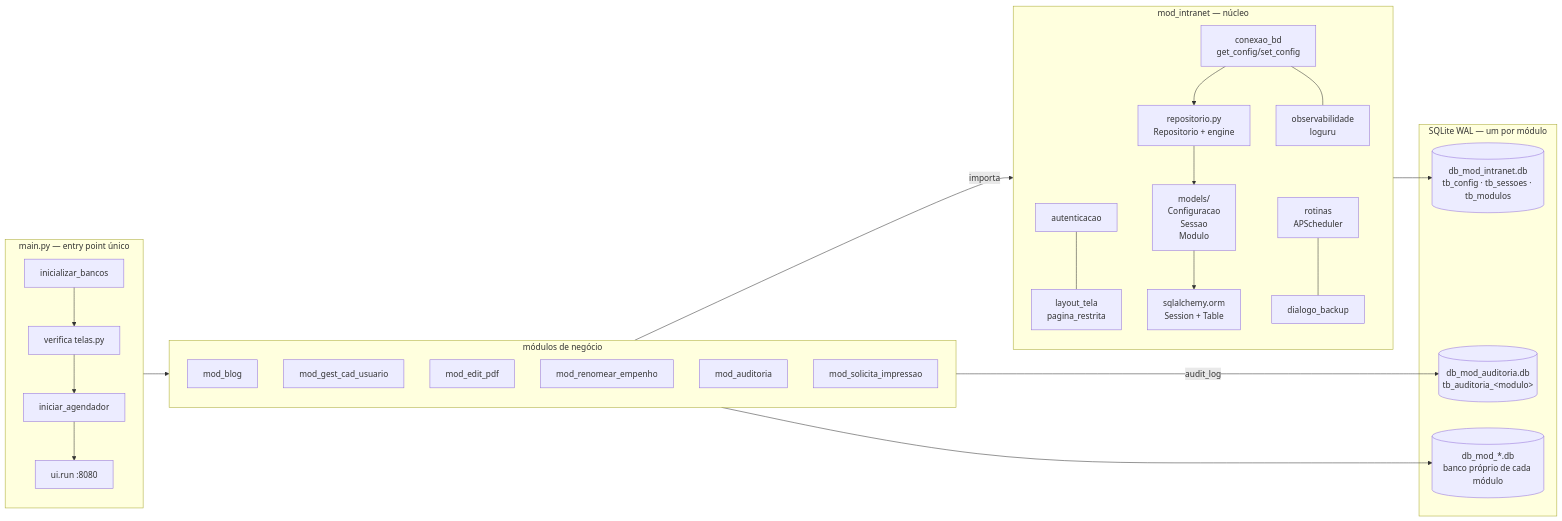
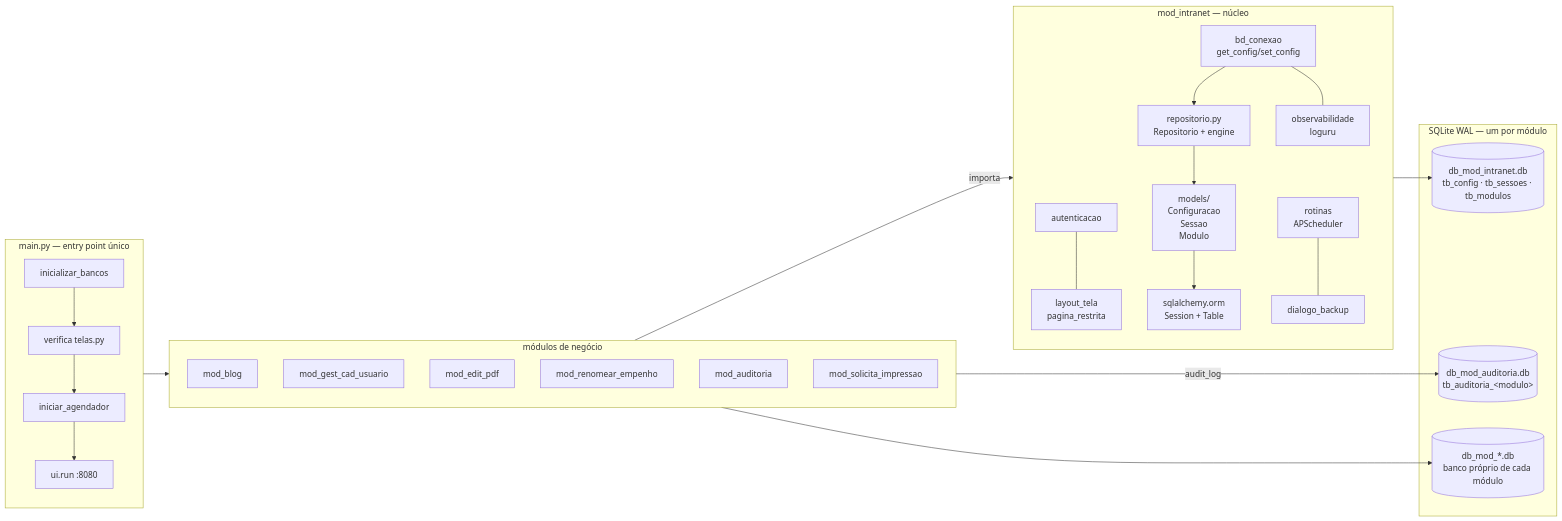
The diagram in docs/arquitetura.md (klaytonPrinceMS/intranet), drawn with Mermaid before and after one commit. The commit also changed other lines of this file and 50 other files, not shown here.

````diff
--- a/docs/arquitetura.md
+++ b/docs/arquitetura.md
@@ -47,29 +47,29 @@
 ```mermaid
 flowchart LR
     subgraph Entry["main.py — entry point único"]
         BOOT[inicializar_bancos] --> CHECK[verifica telas.py] --> AG[iniciar_agendador] --> RUN[ui.run :8080]
     end
     subgraph Nucleo["mod_intranet — núcleo"]
         AUTH[autenticacao] --- LAY[layout_tela<br/>pagina_restrita]
-        CONN[conexao_bd<br/>get_config/set_config]
+        CONN[bd_conexao<br/>get_config/set_config]
         CONN --> REPO[repositorio.py<br/>Repositorio + engine]
         REPO --> MODELS[models/<br/>Configuracao<br/>Sessao<br/>Modulo]
         MODELS --> SA[sqlalchemy.orm<br/>Session + Table]
         CONN --- OBS[observabilidade<br/>loguru]
         ROT[rotinas<br/>APScheduler] --- DIA[dialogo_backup]
     end
     subgraph Negocio["módulos de negócio"]
         B[mod_blog] ; U[mod_gest_cad_usuario] ; P[mod_edit_pdf]
         E[mod_renomear_empenho] ; A[mod_auditoria] ; S[mod_solicita_impressao]
     end
     subgraph Bancos["SQLite WAL — um por módulo"]
         DBC[(db_mod_intranet.db<br/>tb_config · tb_sessoes · tb_modulos)]
         DBA[(db_mod_auditoria.db<br/>tb_auditoria_&lt;modulo&gt;)]
         DBM[(db_mod_*.db<br/>banco próprio de cada módulo)]
     end
     Negocio -->|importa| Nucleo
     Nucleo --> DBC
     Negocio --> DBM
     Negocio -->|audit_log| DBA
     Entry --> Negocio
 ```
````
